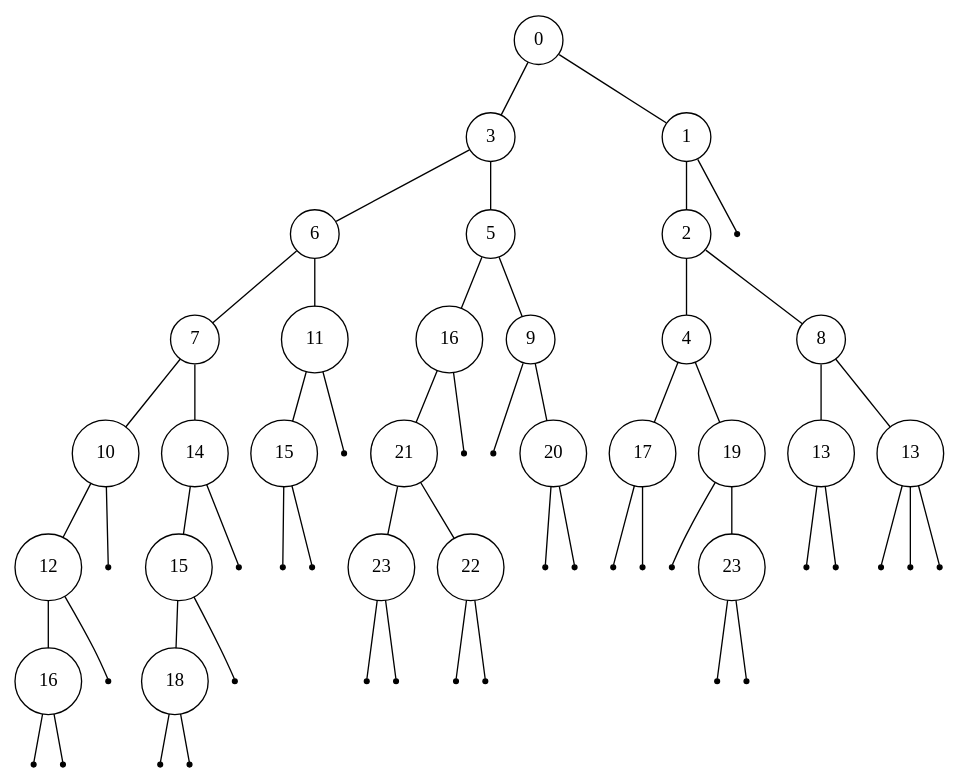
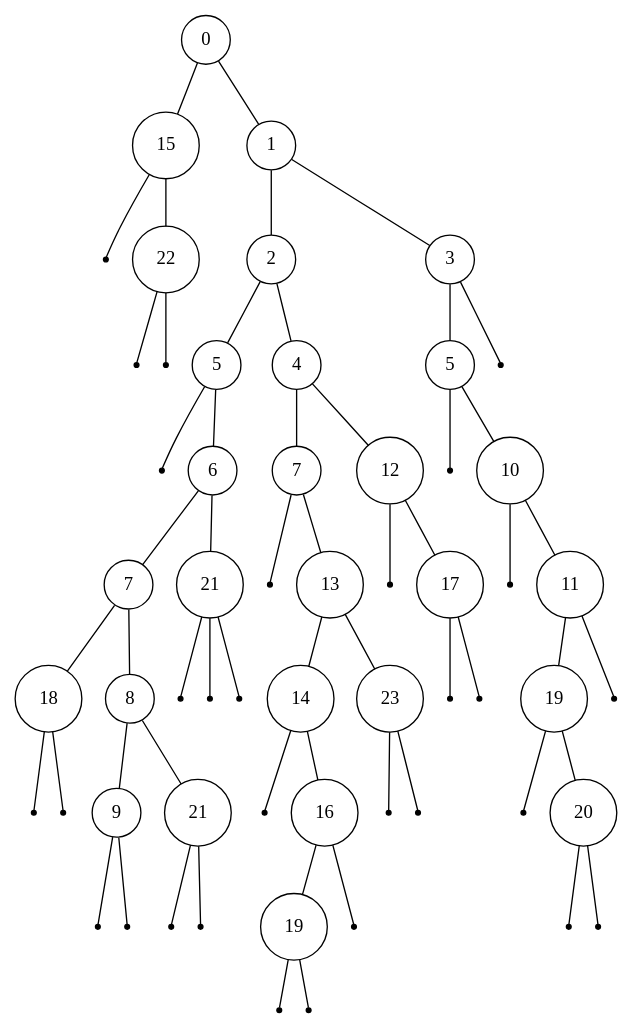
The diagram in tree/test10.dot (Shaolans/Projet_AAGA), drawn with Graphviz before and after one commit. The commit also changed 2 other files, not shown here.

```diff
--- a/tree/test10.dot
+++ b/tree/test10.dot
@@ -1,118 +1,118 @@
 digraph {
   edge [arrowhead = none, arrowtail=none];
-treeimplementationSchroderTreeImpl5caf905d [label="0", shape=circle, width=0.1];
-treeimplementationSchroderTreeImpl5caf905d -> treeimplementationSchroderTreeImpl27716f4;
-treeimplementationSchroderTreeImpl5caf905d -> treeimplementationSchroderTreeImpl8efb846;
-treeimplementationSchroderTreeImpl27716f4 [label="3", shape=circle, width=0.1];
-treeimplementationSchroderTreeImpl27716f4 -> treeimplementationSchroderTreeImpl2a84aee7;
-treeimplementationSchroderTreeImpl27716f4 -> treeimplementationSchroderTreeImpla09ee92;
-treeimplementationSchroderTreeImpl2a84aee7 [label="6", shape=circle, width=0.1];
-treeimplementationSchroderTreeImpl2a84aee7 -> treeimplementationSchroderTreeImpl30f39991;
-treeimplementationSchroderTreeImpl2a84aee7 -> treeimplementationSchroderTreeImpl452b3a41;
-treeimplementationSchroderTreeImpl30f39991 [label="7", shape=circle, width=0.1];
+treeimplementationSchroderTreeImpla09ee92 [label="0", shape=circle, width=0.1];
+treeimplementationSchroderTreeImpla09ee92 -> treeimplementationSchroderTreeImpl30f39991;
+treeimplementationSchroderTreeImpla09ee92 -> treeimplementationSchroderTreeImpl452b3a41;
+treeimplementationSchroderTreeImpl30f39991 [label="15", shape=circle, width=0.1];
 treeimplementationSchroderTreeImpl30f39991 -> treeimplementationSchroderTreeImpl4a574795;
 treeimplementationSchroderTreeImpl30f39991 -> treeimplementationSchroderTreeImplf6f4d33;
-treeimplementationSchroderTreeImpl4a574795 [label="10", shape=circle, width=0.1];
-treeimplementationSchroderTreeImpl4a574795 -> treeimplementationSchroderTreeImpl23fc625e;
-treeimplementationSchroderTreeImpl4a574795 -> treeimplementationSchroderTreeImpl3f99bd52;
-treeimplementationSchroderTreeImpl23fc625e [label="12", shape=circle, width=0.1];
-treeimplementationSchroderTreeImpl23fc625e -> treeimplementationSchroderTreeImpl4f023edb;
-treeimplementationSchroderTreeImpl23fc625e -> treeimplementationSchroderTreeImpl3a71f4dd;
-treeimplementationSchroderTreeImpl4f023edb [label="16", shape=circle, width=0.1];
+treeimplementationSchroderTreeImpl4a574795 [label="", shape=point];
+treeimplementationSchroderTreeImplf6f4d33 [label="22", shape=circle, width=0.1];
+treeimplementationSchroderTreeImplf6f4d33 -> treeimplementationSchroderTreeImpl23fc625e;
+treeimplementationSchroderTreeImplf6f4d33 -> treeimplementationSchroderTreeImpl3f99bd52;
+treeimplementationSchroderTreeImpl23fc625e [label="", shape=point];
+treeimplementationSchroderTreeImpl3f99bd52 [label="", shape=point];
+treeimplementationSchroderTreeImpl452b3a41 [label="1", shape=circle, width=0.1];
+treeimplementationSchroderTreeImpl452b3a41 -> treeimplementationSchroderTreeImpl4f023edb;
+treeimplementationSchroderTreeImpl452b3a41 -> treeimplementationSchroderTreeImpl3a71f4dd;
+treeimplementationSchroderTreeImpl4f023edb [label="2", shape=circle, width=0.1];
 treeimplementationSchroderTreeImpl4f023edb -> treeimplementationSchroderTreeImpl7adf9f5f;
 treeimplementationSchroderTreeImpl4f023edb -> treeimplementationSchroderTreeImpl85ede7b;
-treeimplementationSchroderTreeImpl7adf9f5f [label="", shape=point];
-treeimplementationSchroderTreeImpl85ede7b [label="", shape=point];
-treeimplementationSchroderTreeImpl3a71f4dd [label="", shape=point];
-treeimplementationSchroderTreeImpl3f99bd52 [label="", shape=point];
-treeimplementationSchroderTreeImplf6f4d33 [label="14", shape=circle, width=0.1];
-treeimplementationSchroderTreeImplf6f4d33 -> treeimplementationSchroderTreeImpl5674cd4d;
-treeimplementationSchroderTreeImplf6f4d33 -> treeimplementationSchroderTreeImpl63961c42;
-treeimplementationSchroderTreeImpl5674cd4d [label="15", shape=circle, width=0.1];
-treeimplementationSchroderTreeImpl5674cd4d -> treeimplementationSchroderTreeImpl65b54208;
-treeimplementationSchroderTreeImpl5674cd4d -> treeimplementationSchroderTreeImpl1be6f5c3;
-treeimplementationSchroderTreeImpl65b54208 [label="18", shape=circle, width=0.1];
+treeimplementationSchroderTreeImpl7adf9f5f [label="5", shape=circle, width=0.1];
+treeimplementationSchroderTreeImpl7adf9f5f -> treeimplementationSchroderTreeImpl5674cd4d;
+treeimplementationSchroderTreeImpl7adf9f5f -> treeimplementationSchroderTreeImpl63961c42;
+treeimplementationSchroderTreeImpl5674cd4d [label="", shape=point];
+treeimplementationSchroderTreeImpl63961c42 [label="6", shape=circle, width=0.1];
+treeimplementationSchroderTreeImpl63961c42 -> treeimplementationSchroderTreeImpl65b54208;
+treeimplementationSchroderTreeImpl63961c42 -> treeimplementationSchroderTreeImpl1be6f5c3;
+treeimplementationSchroderTreeImpl65b54208 [label="7", shape=circle, width=0.1];
 treeimplementationSchroderTreeImpl65b54208 -> treeimplementationSchroderTreeImpl6b884d57;
 treeimplementationSchroderTreeImpl65b54208 -> treeimplementationSchroderTreeImpl38af3868;
-treeimplementationSchroderTreeImpl6b884d57 [label="", shape=point];
-treeimplementationSchroderTreeImpl38af3868 [label="", shape=point];
-treeimplementationSchroderTreeImpl1be6f5c3 [label="", shape=point];
-treeimplementationSchroderTreeImpl63961c42 [label="", shape=point];
-treeimplementationSchroderTreeImpl452b3a41 [label="11", shape=circle, width=0.1];
-treeimplementationSchroderTreeImpl452b3a41 -> treeimplementationSchroderTreeImpl77459877;
-treeimplementationSchroderTreeImpl452b3a41 -> treeimplementationSchroderTreeImpl5b2133b1;
-treeimplementationSchroderTreeImpl77459877 [label="15", shape=circle, width=0.1];
-treeimplementationSchroderTreeImpl77459877 -> treeimplementationSchroderTreeImpl72ea2f77;
-treeimplementationSchroderTreeImpl77459877 -> treeimplementationSchroderTreeImpl33c7353a;
-treeimplementationSchroderTreeImpl72ea2f77 [label="", shape=point];
-treeimplementationSchroderTreeImpl33c7353a [label="", shape=point];
+treeimplementationSchroderTreeImpl6b884d57 [label="18", shape=circle, width=0.1];
+treeimplementationSchroderTreeImpl6b884d57 -> treeimplementationSchroderTreeImpl77459877;
+treeimplementationSchroderTreeImpl6b884d57 -> treeimplementationSchroderTreeImpl5b2133b1;
+treeimplementationSchroderTreeImpl77459877 [label="", shape=point];
 treeimplementationSchroderTreeImpl5b2133b1 [label="", shape=point];
-treeimplementationSchroderTreeImpla09ee92 [label="5", shape=circle, width=0.1];
-treeimplementationSchroderTreeImpla09ee92 -> treeimplementationSchroderTreeImpl681a9515;
-treeimplementationSchroderTreeImpla09ee92 -> treeimplementationSchroderTreeImpl3af49f1c;
-treeimplementationSchroderTreeImpl681a9515 [label="16", shape=circle, width=0.1];
-treeimplementationSchroderTreeImpl681a9515 -> treeimplementationSchroderTreeImpl19469ea2;
-treeimplementationSchroderTreeImpl681a9515 -> treeimplementationSchroderTreeImpl13221655;
-treeimplementationSchroderTreeImpl19469ea2 [label="21", shape=circle, width=0.1];
-treeimplementationSchroderTreeImpl19469ea2 -> treeimplementationSchroderTreeImpl2f2c9b19;
-treeimplementationSchroderTreeImpl19469ea2 -> treeimplementationSchroderTreeImpl31befd9f;
-treeimplementationSchroderTreeImpl2f2c9b19 [label="23", shape=circle, width=0.1];
-treeimplementationSchroderTreeImpl2f2c9b19 -> treeimplementationSchroderTreeImpl1c20c684;
-treeimplementationSchroderTreeImpl2f2c9b19 -> treeimplementationSchroderTreeImpl1fb3ebeb;
+treeimplementationSchroderTreeImpl38af3868 [label="8", shape=circle, width=0.1];
+treeimplementationSchroderTreeImpl38af3868 -> treeimplementationSchroderTreeImpl72ea2f77;
+treeimplementationSchroderTreeImpl38af3868 -> treeimplementationSchroderTreeImpl33c7353a;
+treeimplementationSchroderTreeImpl72ea2f77 [label="9", shape=circle, width=0.1];
+treeimplementationSchroderTreeImpl72ea2f77 -> treeimplementationSchroderTreeImpl681a9515;
+treeimplementationSchroderTreeImpl72ea2f77 -> treeimplementationSchroderTreeImpl3af49f1c;
+treeimplementationSchroderTreeImpl681a9515 [label="", shape=point];
+treeimplementationSchroderTreeImpl3af49f1c [label="", shape=point];
+treeimplementationSchroderTreeImpl33c7353a [label="21", shape=circle, width=0.1];
+treeimplementationSchroderTreeImpl33c7353a -> treeimplementationSchroderTreeImpl19469ea2;
+treeimplementationSchroderTreeImpl33c7353a -> treeimplementationSchroderTreeImpl13221655;
+treeimplementationSchroderTreeImpl19469ea2 [label="", shape=point];
+treeimplementationSchroderTreeImpl13221655 [label="", shape=point];
+treeimplementationSchroderTreeImpl1be6f5c3 [label="21", shape=circle, width=0.1];
+treeimplementationSchroderTreeImpl1be6f5c3 -> treeimplementationSchroderTreeImpl2f2c9b19;
+treeimplementationSchroderTreeImpl1be6f5c3 -> treeimplementationSchroderTreeImpl31befd9f;
+treeimplementationSchroderTreeImpl1be6f5c3 -> treeimplementationSchroderTreeImpl1c20c684;
+treeimplementationSchroderTreeImpl2f2c9b19 [label="", shape=point];
+treeimplementationSchroderTreeImpl31befd9f [label="", shape=point];
 treeimplementationSchroderTreeImpl1c20c684 [label="", shape=point];
-treeimplementationSchroderTreeImpl1fb3ebeb [label="", shape=point];
-treeimplementationSchroderTreeImpl31befd9f [label="22", shape=circle, width=0.1];
-treeimplementationSchroderTreeImpl31befd9f -> treeimplementationSchroderTreeImpl548c4f57;
-treeimplementationSchroderTreeImpl31befd9f -> treeimplementationSchroderTreeImpl1218025c;
-treeimplementationSchroderTreeImpl548c4f57 [label="", shape=point];
+treeimplementationSchroderTreeImpl85ede7b [label="4", shape=circle, width=0.1];
+treeimplementationSchroderTreeImpl85ede7b -> treeimplementationSchroderTreeImpl1fb3ebeb;
+treeimplementationSchroderTreeImpl85ede7b -> treeimplementationSchroderTreeImpl548c4f57;
+treeimplementationSchroderTreeImpl1fb3ebeb [label="7", shape=circle, width=0.1];
+treeimplementationSchroderTreeImpl1fb3ebeb -> treeimplementationSchroderTreeImpl1218025c;
+treeimplementationSchroderTreeImpl1fb3ebeb -> treeimplementationSchroderTreeImpl816f27d;
 treeimplementationSchroderTreeImpl1218025c [label="", shape=point];
-treeimplementationSchroderTreeImpl13221655 [label="", shape=point];
-treeimplementationSchroderTreeImpl3af49f1c [label="9", shape=circle, width=0.1];
-treeimplementationSchroderTreeImpl3af49f1c -> treeimplementationSchroderTreeImpl816f27d;
-treeimplementationSchroderTreeImpl3af49f1c -> treeimplementationSchroderTreeImpl87aac27;
-treeimplementationSchroderTreeImpl816f27d [label="", shape=point];
-treeimplementationSchroderTreeImpl87aac27 [label="20", shape=circle, width=0.1];
-treeimplementationSchroderTreeImpl87aac27 -> treeimplementationSchroderTreeImpl3e3abc88;
+treeimplementationSchroderTreeImpl816f27d [label="13", shape=circle, width=0.1];
+treeimplementationSchroderTreeImpl816f27d -> treeimplementationSchroderTreeImpl87aac27;
+treeimplementationSchroderTreeImpl816f27d -> treeimplementationSchroderTreeImpl3e3abc88;
+treeimplementationSchroderTreeImpl87aac27 [label="14", shape=circle, width=0.1];
 treeimplementationSchroderTreeImpl87aac27 -> treeimplementationSchroderTreeImpl6ce253f1;
-treeimplementationSchroderTreeImpl3e3abc88 [label="", shape=point];
+treeimplementationSchroderTreeImpl87aac27 -> treeimplementationSchroderTreeImpl53d8d10a;
 treeimplementationSchroderTreeImpl6ce253f1 [label="", shape=point];
-treeimplementationSchroderTreeImpl8efb846 [label="1", shape=circle, width=0.1];
-treeimplementationSchroderTreeImpl8efb846 -> treeimplementationSchroderTreeImpl53d8d10a;
-treeimplementationSchroderTreeImpl8efb846 -> treeimplementationSchroderTreeImple9e54c2;
-treeimplementationSchroderTreeImpl53d8d10a [label="2", shape=circle, width=0.1];
+treeimplementationSchroderTreeImpl53d8d10a [label="16", shape=circle, width=0.1];
+treeimplementationSchroderTreeImpl53d8d10a -> treeimplementationSchroderTreeImple9e54c2;
 treeimplementationSchroderTreeImpl53d8d10a -> treeimplementationSchroderTreeImpl65ab7765;
-treeimplementationSchroderTreeImpl53d8d10a -> treeimplementationSchroderTreeImpl1b28cdfa;
-treeimplementationSchroderTreeImpl65ab7765 [label="4", shape=circle, width=0.1];
-treeimplementationSchroderTreeImpl65ab7765 -> treeimplementationSchroderTreeImpleed1f14;
-treeimplementationSchroderTreeImpl65ab7765 -> treeimplementationSchroderTreeImpl7229724f;
-treeimplementationSchroderTreeImpleed1f14 [label="17", shape=circle, width=0.1];
-treeimplementationSchroderTreeImpleed1f14 -> treeimplementationSchroderTreeImpl4c873330;
-treeimplementationSchroderTreeImpleed1f14 -> treeimplementationSchroderTreeImpl119d7047;
+treeimplementationSchroderTreeImple9e54c2 [label="19", shape=circle, width=0.1];
+treeimplementationSchroderTreeImple9e54c2 -> treeimplementationSchroderTreeImpl1b28cdfa;
+treeimplementationSchroderTreeImple9e54c2 -> treeimplementationSchroderTreeImpleed1f14;
+treeimplementationSchroderTreeImpl1b28cdfa [label="", shape=point];
+treeimplementationSchroderTreeImpleed1f14 [label="", shape=point];
+treeimplementationSchroderTreeImpl65ab7765 [label="", shape=point];
+treeimplementationSchroderTreeImpl3e3abc88 [label="23", shape=circle, width=0.1];
+treeimplementationSchroderTreeImpl3e3abc88 -> treeimplementationSchroderTreeImpl7229724f;
+treeimplementationSchroderTreeImpl3e3abc88 -> treeimplementationSchroderTreeImpl4c873330;
+treeimplementationSchroderTreeImpl7229724f [label="", shape=point];
 treeimplementationSchroderTreeImpl4c873330 [label="", shape=point];
+treeimplementationSchroderTreeImpl548c4f57 [label="12", shape=circle, width=0.1];
+treeimplementationSchroderTreeImpl548c4f57 -> treeimplementationSchroderTreeImpl119d7047;
+treeimplementationSchroderTreeImpl548c4f57 -> treeimplementationSchroderTreeImpl776ec8df;
 treeimplementationSchroderTreeImpl119d7047 [label="", shape=point];
-treeimplementationSchroderTreeImpl7229724f [label="19", shape=circle, width=0.1];
-treeimplementationSchroderTreeImpl7229724f -> treeimplementationSchroderTreeImpl776ec8df;
-treeimplementationSchroderTreeImpl7229724f -> treeimplementationSchroderTreeImpl4eec7777;
-treeimplementationSchroderTreeImpl776ec8df [label="", shape=point];
-treeimplementationSchroderTreeImpl4eec7777 [label="23", shape=circle, width=0.1];
-treeimplementationSchroderTreeImpl4eec7777 -> treeimplementationSchroderTreeImpl3b07d329;
-treeimplementationSchroderTreeImpl4eec7777 -> treeimplementationSchroderTreeImpl41629346;
+treeimplementationSchroderTreeImpl776ec8df [label="17", shape=circle, width=0.1];
+treeimplementationSchroderTreeImpl776ec8df -> treeimplementationSchroderTreeImpl4eec7777;
+treeimplementationSchroderTreeImpl776ec8df -> treeimplementationSchroderTreeImpl3b07d329;
+treeimplementationSchroderTreeImpl4eec7777 [label="", shape=point];
 treeimplementationSchroderTreeImpl3b07d329 [label="", shape=point];
-treeimplementationSchroderTreeImpl41629346 [label="", shape=point];
-treeimplementationSchroderTreeImpl1b28cdfa [label="8", shape=circle, width=0.1];
-treeimplementationSchroderTreeImpl1b28cdfa -> treeimplementationSchroderTreeImpl404b9385;
-treeimplementationSchroderTreeImpl1b28cdfa -> treeimplementationSchroderTreeImpl6d311334;
-treeimplementationSchroderTreeImpl404b9385 [label="13", shape=circle, width=0.1];
-treeimplementationSchroderTreeImpl404b9385 -> treeimplementationSchroderTreeImpl682a0b20;
-treeimplementationSchroderTreeImpl404b9385 -> treeimplementationSchroderTreeImpl3d075dc0;
-treeimplementationSchroderTreeImpl682a0b20 [label="", shape=point];
+treeimplementationSchroderTreeImpl3a71f4dd [label="3", shape=circle, width=0.1];
+treeimplementationSchroderTreeImpl3a71f4dd -> treeimplementationSchroderTreeImpl41629346;
+treeimplementationSchroderTreeImpl3a71f4dd -> treeimplementationSchroderTreeImpl404b9385;
+treeimplementationSchroderTreeImpl41629346 [label="5", shape=circle, width=0.1];
+treeimplementationSchroderTreeImpl41629346 -> treeimplementationSchroderTreeImpl6d311334;
+treeimplementationSchroderTreeImpl41629346 -> treeimplementationSchroderTreeImpl682a0b20;
+treeimplementationSchroderTreeImpl6d311334 [label="", shape=point];
+treeimplementationSchroderTreeImpl682a0b20 [label="10", shape=circle, width=0.1];
+treeimplementationSchroderTreeImpl682a0b20 -> treeimplementationSchroderTreeImpl3d075dc0;
+treeimplementationSchroderTreeImpl682a0b20 -> treeimplementationSchroderTreeImpl214c265e;
 treeimplementationSchroderTreeImpl3d075dc0 [label="", shape=point];
-treeimplementationSchroderTreeImpl6d311334 [label="13", shape=circle, width=0.1];
-treeimplementationSchroderTreeImpl6d311334 -> treeimplementationSchroderTreeImpl214c265e;
-treeimplementationSchroderTreeImpl6d311334 -> treeimplementationSchroderTreeImpl448139f0;
-treeimplementationSchroderTreeImpl6d311334 -> treeimplementationSchroderTreeImpl7cca494b;
-treeimplementationSchroderTreeImpl214c265e [label="", shape=point];
-treeimplementationSchroderTreeImpl448139f0 [label="", shape=point];
+treeimplementationSchroderTreeImpl214c265e [label="11", shape=circle, width=0.1];
+treeimplementationSchroderTreeImpl214c265e -> treeimplementationSchroderTreeImpl448139f0;
+treeimplementationSchroderTreeImpl214c265e -> treeimplementationSchroderTreeImpl7cca494b;
+treeimplementationSchroderTreeImpl448139f0 [label="19", shape=circle, width=0.1];
+treeimplementationSchroderTreeImpl448139f0 -> treeimplementationSchroderTreeImpl7ba4f24f;
+treeimplementationSchroderTreeImpl448139f0 -> treeimplementationSchroderTreeImpl3b9a45b3;
+treeimplementationSchroderTreeImpl7ba4f24f [label="", shape=point];
+treeimplementationSchroderTreeImpl3b9a45b3 [label="20", shape=circle, width=0.1];
+treeimplementationSchroderTreeImpl3b9a45b3 -> treeimplementationSchroderTreeImpl7699a589;
+treeimplementationSchroderTreeImpl3b9a45b3 -> treeimplementationSchroderTreeImpl58372a00;
+treeimplementationSchroderTreeImpl7699a589 [label="", shape=point];
+treeimplementationSchroderTreeImpl58372a00 [label="", shape=point];
 treeimplementationSchroderTreeImpl7cca494b [label="", shape=point];
-treeimplementationSchroderTreeImple9e54c2 [label="", shape=point];
+treeimplementationSchroderTreeImpl404b9385 [label="", shape=point];
 }
```
